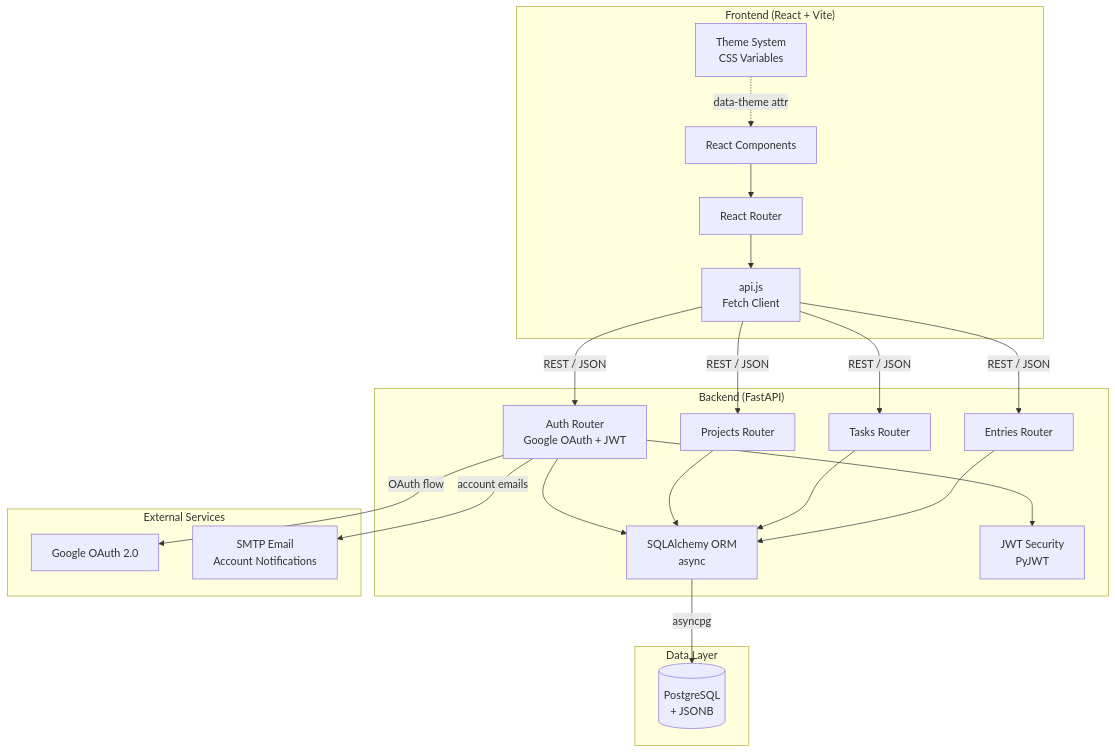
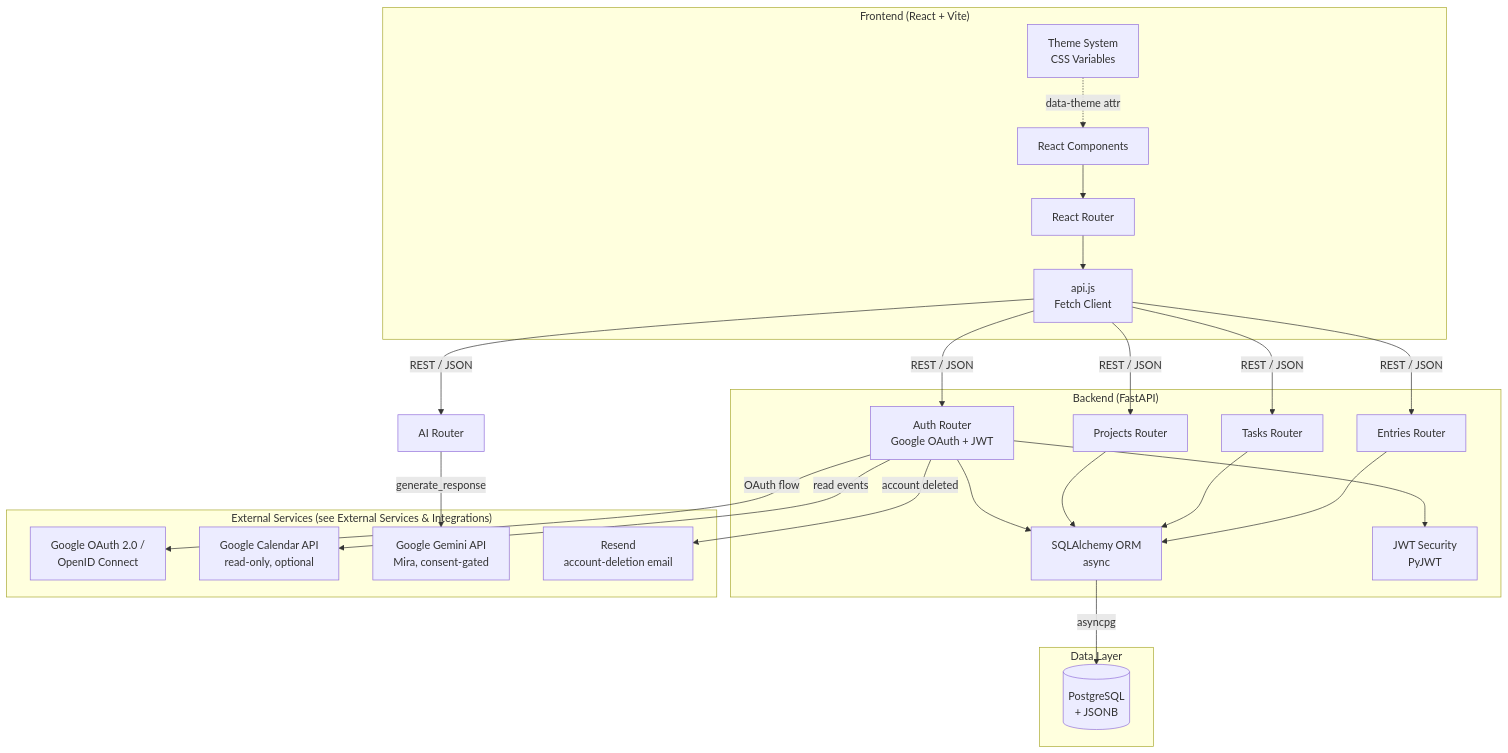
The first of 3 diagrams in docs/architecture/overview.md (IcedMallard4334/Chronicles-Logbook), drawn with Mermaid before and after one commit. The commit also changed other lines of this file and 16 other files, not shown here.

````diff
--- a/docs/architecture/overview.md
+++ b/docs/architecture/overview.md
@@ -7,43 +7,48 @@
 ```mermaid
 graph TB
     subgraph Client["Frontend (React + Vite)"]
         UI[React Components]
         Router[React Router]
         API_Client[api.js<br/>Fetch Client]
         Theme[Theme System<br/>CSS Variables]
     end
 
     subgraph Server["Backend (FastAPI)"]
         Auth[Auth Router<br/>Google OAuth + JWT]
         Projects[Projects Router]
         Tasks[Tasks Router]
         Entries[Entries Router]
         ORM[SQLAlchemy ORM<br/>async]
         Security[JWT Security<br/>PyJWT]
     end
 
     subgraph Data["Data Layer"]
         PG[(PostgreSQL<br/>+ JSONB)]
     end
 
-    subgraph External["External Services"]
-        Google[Google OAuth 2.0]
-        SMTP[SMTP Email<br/>Account Notifications]
+    subgraph External["External Services (see External Services & Integrations)"]
+        Google[Google OAuth 2.0 /<br/>OpenID Connect]
+        Calendar[Google Calendar API<br/>read-only, optional]
+        Gemini[Google Gemini API<br/>Mira, consent-gated]
+        Resend[Resend<br/>account-deletion email]
     end
 
     UI --> Router
     Router --> API_Client
     API_Client -->|REST / JSON| Auth
     API_Client -->|REST / JSON| Projects
     API_Client -->|REST / JSON| Tasks
     API_Client -->|REST / JSON| Entries
     Auth --> Security
     Auth --> ORM
     Projects --> ORM
     Tasks --> ORM
     Entries --> ORM
     ORM -->|asyncpg| PG
     Auth -->|OAuth flow| Google
-    Auth -->|account emails| SMTP
+    Auth -->|read events| Calendar
+    Auth -->|account deleted| Resend
+    API_Client -->|REST / JSON| AI[AI Router]
+    AI -->|generate_response| Gemini
     Theme -.->|data-theme attr| UI
 ```
````
